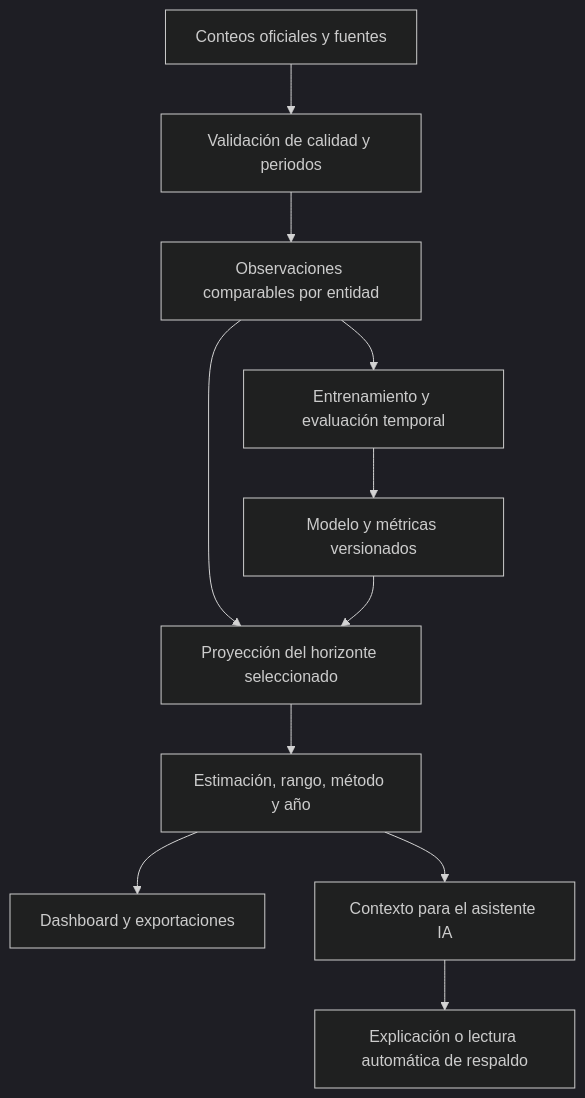
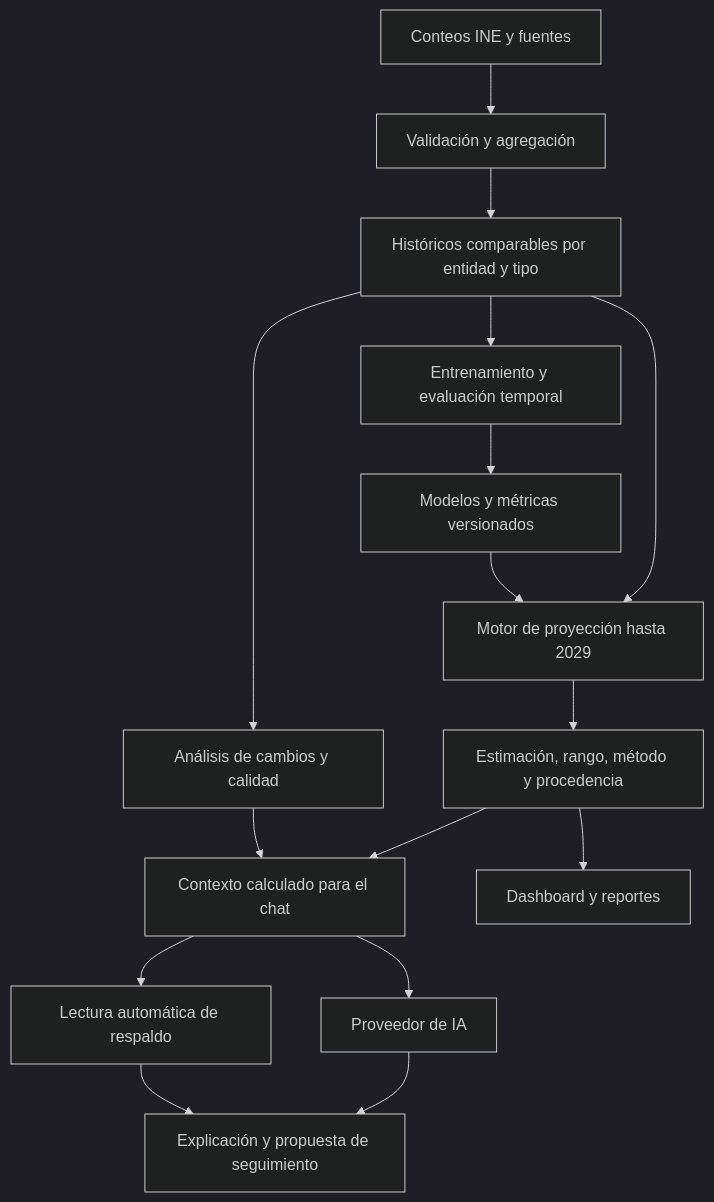
One commit to AntonioEstradaDiaz/ine-abstention changed the second of 5 diagrams in README.md. Above: the diagram before and after it, drawn with Mermaid (dark theme). The commit also changed other lines of this file, not shown here.

Commit message:
docs: explain ML pipeline and new conversational AI architecture

````diff
--- a/README.md
+++ b/README.md
@@ -101,13 +120,18 @@
 ```mermaid
 flowchart TD
-    A[Conteos oficiales y fuentes] --> B[Validación de calidad y periodos]
-    B --> C[Observaciones comparables por entidad]
+    A[Conteos INE y fuentes] --> B[Validación y agregación]
+    B --> C[Históricos comparables por entidad y tipo]
     C --> D[Entrenamiento y evaluación temporal]
-    D --> E[Modelo y métricas versionados]
-    C --> F[Proyección del horizonte seleccionado]
+    D --> E[Modelos y métricas versionados]
+    C --> F[Motor de proyección hasta 2029]
     E --> F
-    F --> G[Estimación, rango, método y año]
-    G --> H[Dashboard y exportaciones]
-    G --> I[Contexto para el asistente IA]
-    I --> J[Explicación o lectura automática de respaldo]
+    F --> G[Estimación, rango, método y procedencia]
+    C --> H[Análisis de cambios y calidad]
+    G --> I[Contexto calculado para el chat]
+    H --> I
+    I --> J[Proveedor de IA]
+    I --> K[Lectura automática de respaldo]
+    J --> L[Explicación y propuesta de seguimiento]
+    K --> L
+    G --> M[Dashboard y reportes]
 ```
````
